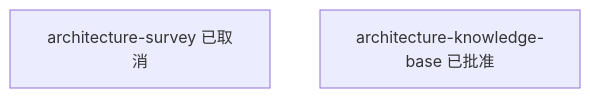
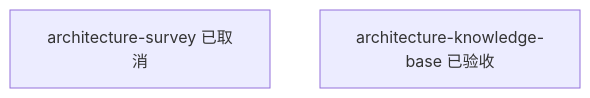
The diagram in management/views/TASKS.md (luduihang/game_rendering), drawn with Mermaid before and after one commit. The commit also changed other lines of this file and 15 other files, not shown here.

First line of the commit message:
chore(governance): 同步基线 r1、策略与生成视图

````diff
--- a/management/views/TASKS.md
+++ b/management/views/TASKS.md
@@ -13,5 +13,5 @@
 ```mermaid
 graph TD
   architecture_survey["architecture-survey 已取消"]
-  architecture_knowledge_base["architecture-knowledge-base 已批准"]
+  architecture_knowledge_base["architecture-knowledge-base 已验收"]
 ```
````
